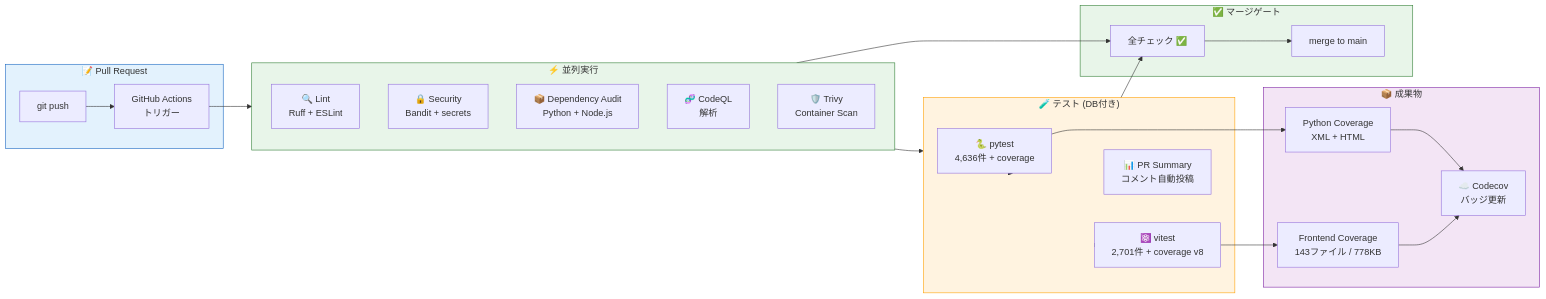
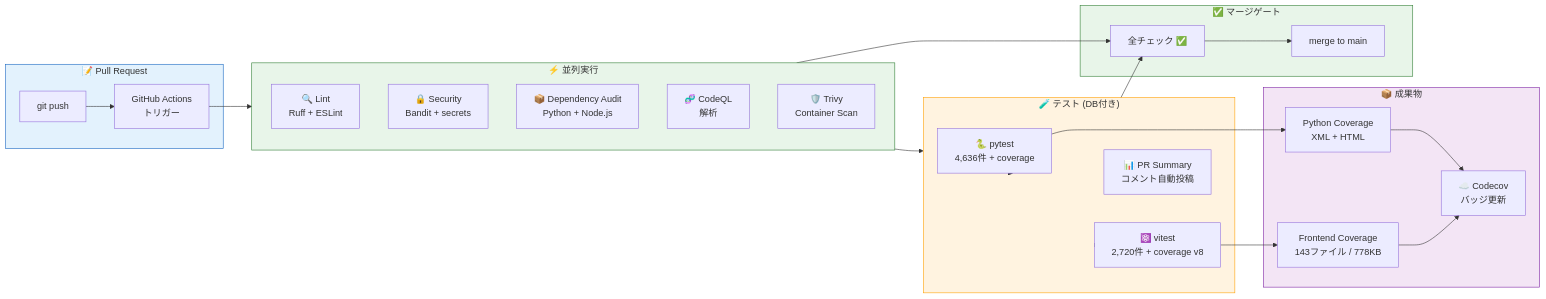
Before and after one commit to Kensan196948G/AEGIS-SIGHT: the first of 6 diagrams in README.md, drawn with Mermaid. The commit also changed other lines of this file and 5 other files, not shown here.

````diff
--- a/README.md
+++ b/README.md
@@ -144,46 +144,46 @@
 ```mermaid
 flowchart LR
     subgraph PR["📝 Pull Request"]
         PUSH["git push"] --> TRIGGER["GitHub Actions\nトリガー"]
     end
 
     subgraph PARALLEL["⚡ 並列実行"]
         direction TB
         LINT["🔍 Lint\nRuff + ESLint"]
         SEC["🔒 Security\nBandit + secrets"]
         DEPS["📦 Dependency Audit\nPython + Node.js"]
         CODEQL["🧬 CodeQL\n解析"]
         TRIVY["🛡️ Trivy\nContainer Scan"]
     end
 
     subgraph TEST["🧪 テスト (DB付き)"]
         PYTEST["🐍 pytest\n4,636件 + coverage"]
-        VITEST["⚛️ vitest\n2,701件 + coverage v8"]
+        VITEST["⚛️ vitest\n2,720件 + coverage v8"]
         REPORT["📊 PR Summary\nコメント自動投稿"]
     end
 
     subgraph ARTIFACTS["📦 成果物"]
         PY_COV["Python Coverage\nXML + HTML"]
         FE_COV["Frontend Coverage\n143ファイル / 778KB"]
         CODECOV["☁️ Codecov\nバッジ更新"]
     end
 
     subgraph GATE["✅ マージゲート"]
         GREEN["全チェック ✅"] --> MERGE["merge to main"]
     end
 
     TRIGGER --> PARALLEL
     PARALLEL --> TEST
     TEST --> PYTEST & VITEST
     PYTEST --> PY_COV
     VITEST --> FE_COV
     PY_COV & FE_COV --> CODECOV
     TEST --> REPORT
     PARALLEL & TEST --> GREEN
 
     style PR fill:#E3F2FD,stroke:#1565C0
     style PARALLEL fill:#E8F5E9,stroke:#2E7D32
     style TEST fill:#FFF3E0,stroke:#FFA000
     style ARTIFACTS fill:#F3E5F5,stroke:#7B1FA2
     style GATE fill:#E8F5E9,stroke:#2E7D32
 ```
````
